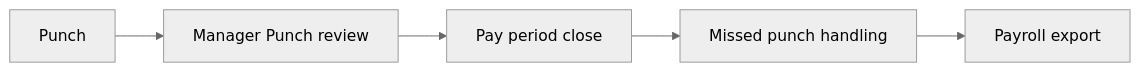
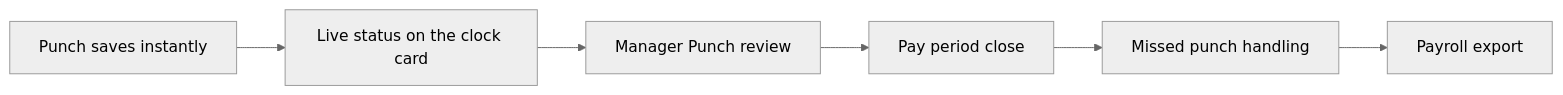
One commit to staceykay67/scalemaker-hris-showcase changed the eighth of 18 diagrams in README.md. Above: the diagram before and after it, drawn with Mermaid (neutral theme). The commit also changed other lines of this file, not shown here.

````diff
--- a/README.md
+++ b/README.md
@@ -282,7 +332,8 @@
 ```mermaid
 flowchart LR
-    Punch["Punch"] --> Review["Manager Punch review"]
+    Punch["Punch saves instantly"] --> Status["Live status on the clock card"]
+    Status --> Review["Manager Punch review"]
     Review --> Close["Pay period close"]
     Close --> Missed["Missed punch handling"]
     Missed --> Export["Payroll export"]
 ```
````
